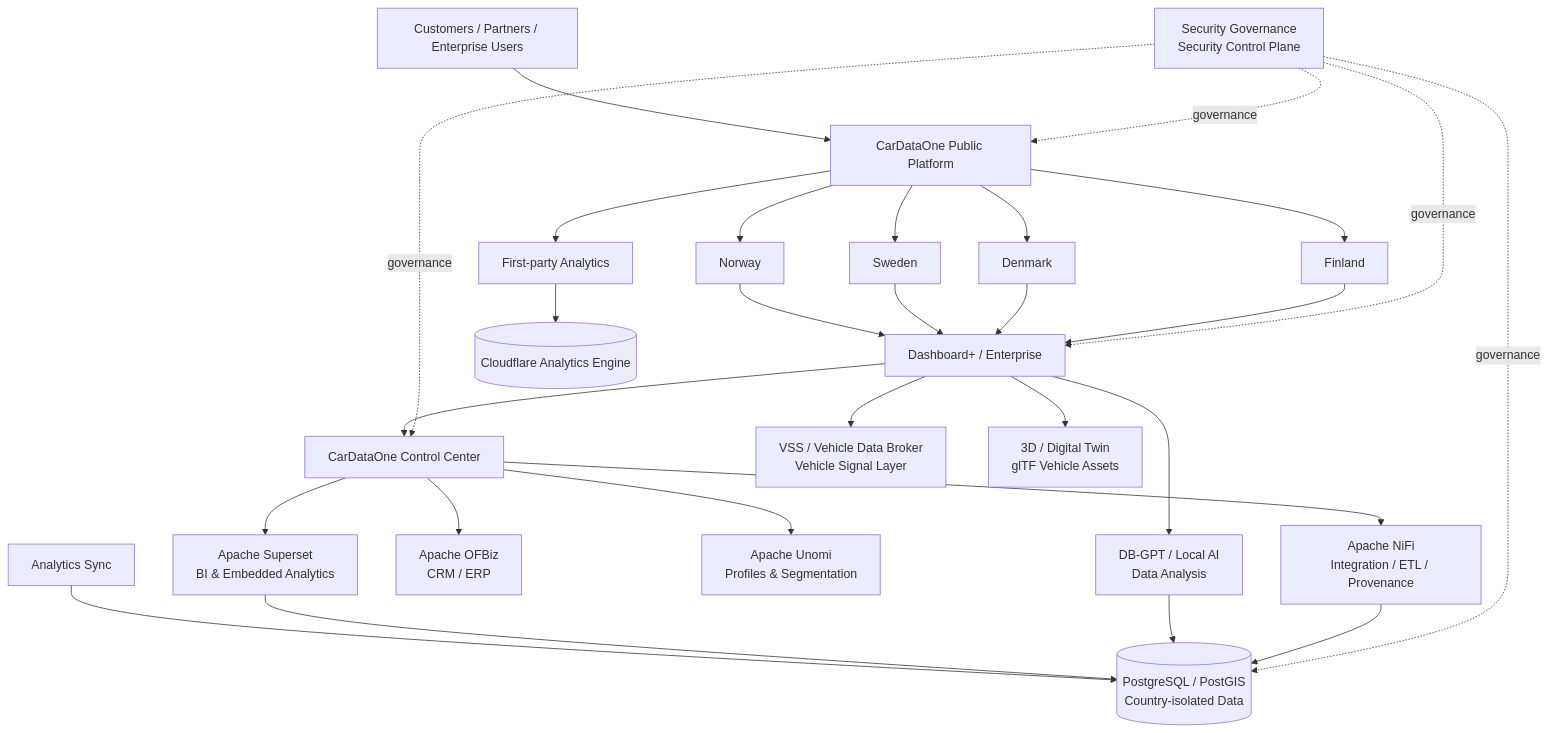
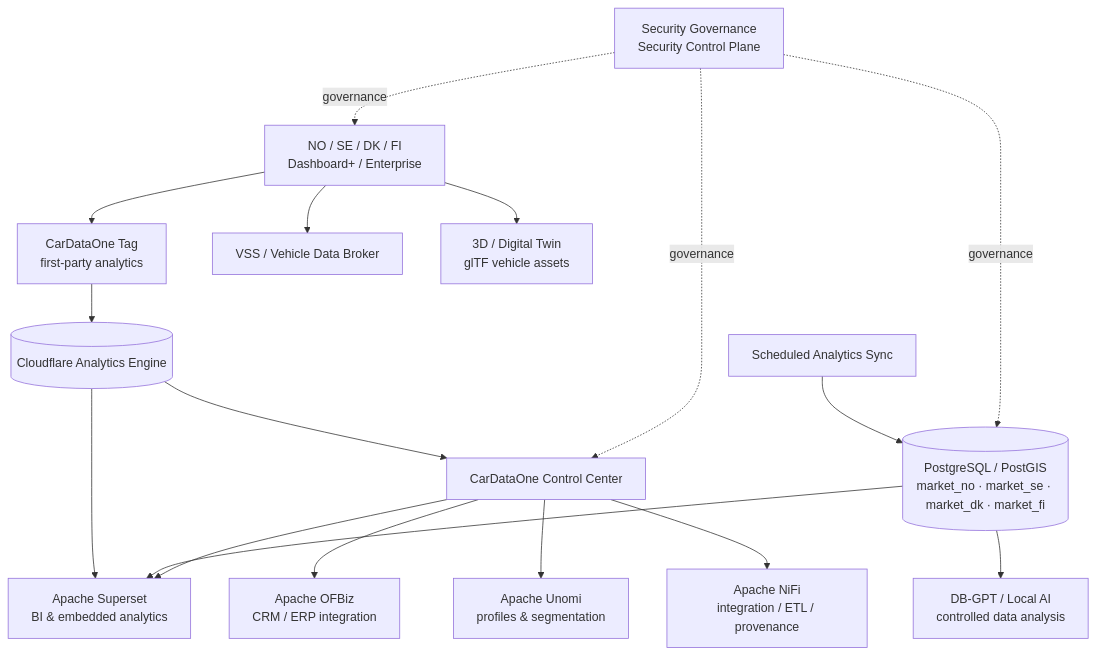
One commit to regnrbil/regnrbil changed the second of 2 diagrams in README.md. Above: the diagram before and after it, drawn with Mermaid. The commit also changed other lines of this file and 4 other files, not shown here.

Commit message:
docs: add branded CarDataOne architecture and verified dashboard flow V1.2.0

````diff
--- a/README.md
+++ b/README.md
@@ -16,67 +96,39 @@
-```mermaid
+~~~mermaid
 flowchart TB
+    APPS[NO / SE / DK / FI<br/>Dashboard+ / Enterprise]
+    TAG[CarDataOne Tag<br/>first-party analytics]
+    AE[(Cloudflare Analytics Engine)]
+    CC[CarDataOne Control Center]
+    SUPERSET[Apache Superset<br/>BI & embedded analytics]
+    OFBIZ[Apache OFBiz<br/>CRM / ERP integration]
+    UNOMI[Apache Unomi<br/>profiles & segmentation]
+    NIFI[Apache NiFi<br/>integration / ETL / provenance]
 
-    U[Customers / Partners / Enterprise Users]
-
-    WEB[CarDataOne Public Platform]
-
-    NO[Norway]
-    SE[Sweden]
-    DK[Denmark]
-    FI[Finland]
-
-    DASH[Dashboard+ / Enterprise]
-    CC[CarDataOne Control Center]
-
-    TAG[First-party Analytics]
-    SYNC[Analytics Sync]
-
-    SUPERSET[Apache Superset<br/>BI & Embedded Analytics]
-    OFBIZ[Apache OFBiz<br/>CRM / ERP]
-    UNOMI[Apache Unomi<br/>Profiles & Segmentation]
-    NIFI[Apache NiFi<br/>Integration / ETL / Provenance]
-    DBGPT[DB-GPT / Local AI<br/>Data Analysis]
-    VSS[VSS / Vehicle Data Broker<br/>Vehicle Signal Layer]
-    TWIN[3D / Digital Twin<br/>glTF Vehicle Assets]
-
-    DATA[(PostgreSQL / PostGIS<br/>Country-isolated Data)]
-    CFAE[(Cloudflare Analytics Engine)]
+    SYNC[Scheduled Analytics Sync]
+    MARKET[(PostgreSQL / PostGIS<br/>market_no · market_se · market_dk · market_fi)]
+    AI[DB-GPT / Local AI<br/>controlled data analysis]
+    VSS[VSS / Vehicle Data Broker]
+    TWIN[3D / Digital Twin<br/>glTF vehicle assets]
 
     SEC[Security Governance<br/>Security Control Plane]
 
-    U --> WEB
+    APPS --> TAG --> AE
+    AE --> CC
+    AE --> SUPERSET
 
-    WEB --> NO
-    WEB --> SE
-    WEB --> DK
-    WEB --> FI
-
-    NO --> DASH
-    SE --> DASH
-    DK --> DASH
-    FI --> DASH
-
-    DASH --> CC
-
-    WEB --> TAG
-    TAG --> CFAE
-    SYNC --> DATA
+    SYNC --> MARKET
+    MARKET --> SUPERSET
+    MARKET --> AI
 
     CC --> SUPERSET
     CC --> OFBIZ
     CC --> UNOMI
     CC --> NIFI
 
-    DASH --> DBGPT
-    DASH --> VSS
-    DASH --> TWIN
+    APPS --> VSS
+    APPS --> TWIN
 
-    SUPERSET --> DATA
-    DBGPT --> DATA
-    NIFI --> DATA
-
-    SEC -. governance .-> WEB
-    SEC -. governance .-> DASH
+    SEC -. governance .-> APPS
     SEC -. governance .-> CC
-    SEC -. governance .-> DATA
-```
+    SEC -. governance .-> MARKET
+~~~
````
